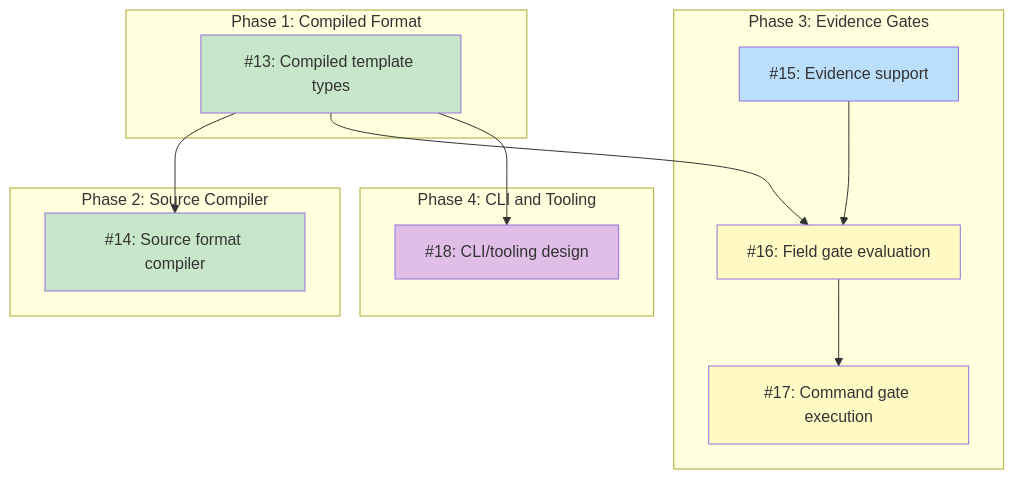
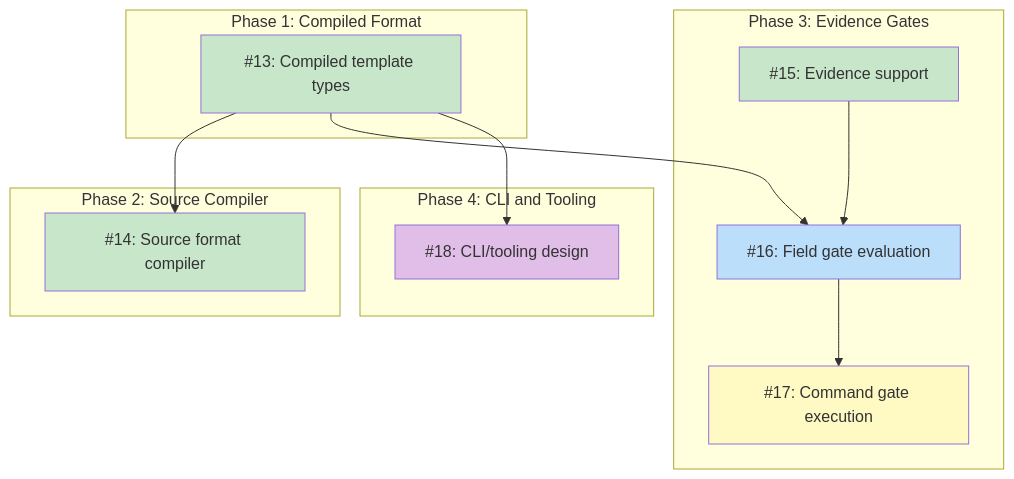
The diagram in docs/designs/DESIGN-koto-template-format.md (tsukumogami/koto), drawn with Mermaid before and after one commit. The commit also changed other lines of this file and 1 other file, not shown here.

Commit message:
chore: mark issue #15 complete in design doc and test plan

````diff
--- a/docs/designs/DESIGN-koto-template-format.md
+++ b/docs/designs/DESIGN-koto-template-format.md
@@ -51,37 +51,37 @@
 ```mermaid
 graph TD
     subgraph Phase1["Phase 1: Compiled Format"]
         I13["#13: Compiled template types"]
     end
 
     subgraph Phase2["Phase 2: Source Compiler"]
         I14["#14: Source format compiler"]
     end
 
     subgraph Phase3["Phase 3: Evidence Gates"]
         I15["#15: Evidence support"]
         I16["#16: Field gate evaluation"]
         I17["#17: Command gate execution"]
     end
 
     subgraph Phase4["Phase 4: CLI and Tooling"]
         I18["#18: CLI/tooling design"]
     end
 
     I13 --> I14
     I13 --> I16
     I13 --> I18
     I15 --> I16
     I16 --> I17
 
     classDef done fill:#c8e6c9
     classDef ready fill:#bbdefb
     classDef blocked fill:#fff9c4
     classDef needsDesign fill:#e1bee7
     classDef tracksDesign fill:#FFE0B2,stroke:#F57C00,color:#000
 
-    class I13,I14 done
-    class I15 ready
-    class I16,I17 blocked
+    class I13,I14,I15 done
+    class I16 ready
+    class I17 blocked
     class I18 needsDesign
 ```
````
